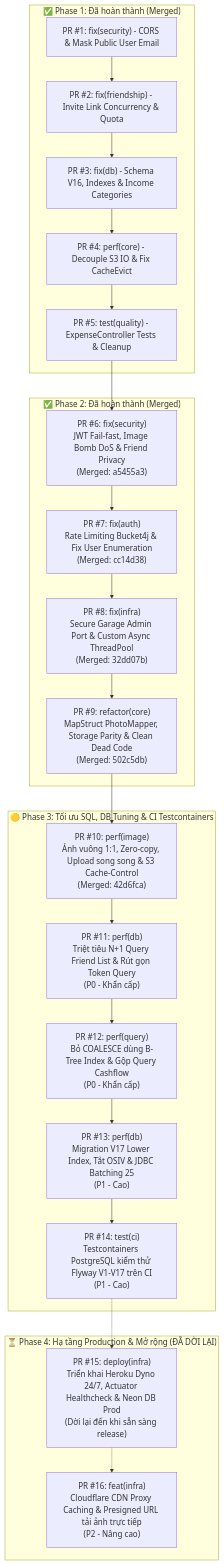
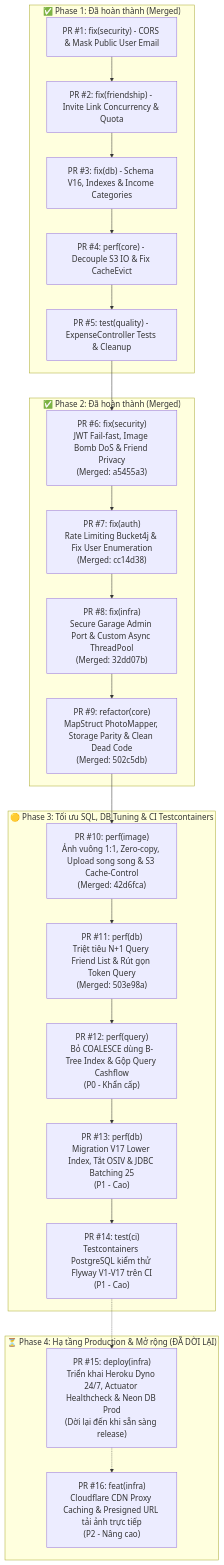
Before and after one commit to khanhnkq/checked-backend: the diagram in docs/PULL_REQUESTS_ROADMAP.md, drawn with Mermaid. The commit also changed other lines of this file and 1 other file, not shown here.

Commit message:
docs: update roadmap and mark PR #11 as completed

````diff
--- a/docs/PULL_REQUESTS_ROADMAP.md
+++ b/docs/PULL_REQUESTS_ROADMAP.md
@@ -16,41 +16,41 @@
 ```mermaid
 flowchart TD
     subgraph PHASE1["✅ Phase 1: Đã hoàn thành (Merged)"]
         PR1["PR #1: fix(security) - CORS & Mask Public User Email"]
         PR2["PR #2: fix(friendship) - Invite Link Concurrency & Quota"]
         PR3["PR #3: fix(db) - Schema V16, Indexes & Income Categories"]
         PR4["PR #4: perf(core) - Decouple S3 IO & Fix CacheEvict"]
         PR5["PR #5: test(quality) - ExpenseController Tests & Cleanup"]
         PR1 --> PR2 --> PR3 --> PR4 --> PR5
     end
 
     subgraph PHASE2["✅ Phase 2: Đã hoàn thành (Merged)"]
         PR6["PR #6: fix(security)\nJWT Fail-fast, Image Bomb DoS & Friend Privacy\n(Merged: a5455a3)"]
         PR7["PR #7: fix(auth)\nRate Limiting Bucket4j & Fix User Enumeration\n(Merged: cc14d38)"]
         PR8["PR #8: fix(infra)\nSecure Garage Admin Port & Custom Async ThreadPool\n(Merged: 32dd07b)"]
         PR9["PR #9: refactor(core)\nMapStruct PhotoMapper, Storage Parity & Clean Dead Code\n(Merged: 502c5db)"]
         PR6 --> PR7 --> PR8 --> PR9
     end
 
     subgraph PHASE3["🟡 Phase 3: Tối ưu SQL, DB Tuning & CI Testcontainers"]
         PR10["PR #10: perf(image)\nẢnh vuông 1:1, Zero-copy, Upload song song & S3 Cache-Control\n(Merged: 42d6fca)"]
-        PR11["PR #11: perf(db)\nTriệt tiêu N+1 Query Friend List & Rút gọn Token Query\n(P0 - Khẩn cấp)"]
+        PR11["PR #11: perf(db)\nTriệt tiêu N+1 Query Friend List & Rút gọn Token Query\n(Merged: 503e98a)"]
         PR12["PR #12: perf(query)\nBỏ COALESCE dùng B-Tree Index & Gộp Query Cashflow\n(P0 - Khẩn cấp)"]
         PR13["PR #13: perf(db)\nMigration V17 Lower Index, Tắt OSIV & JDBC Batching 25\n(P1 - Cao)"]
         PR14["PR #14: test(ci)\nTestcontainers PostgreSQL kiểm thử Flyway V1-V17 trên CI\n(P1 - Cao)"]
         PR10 --> PR11
         PR11 --> PR12
         PR12 --> PR13
         PR13 --> PR14
     end
 
     subgraph PHASE4["⏳ Phase 4: Hạ tầng Production & Mở rộng (ĐÃ DỜI LẠI)"]
         PR15["PR #15: deploy(infra)\nTriển khai Heroku Dyno 24/7, Actuator Healthcheck & Neon DB Prod\n(Dời lại đến khi sẵn sàng release)"]
         PR16["PR #16: feat(infra)\nCloudflare CDN Proxy Caching & Presigned URL tải ảnh trực tiếp\n(P2 - Nâng cao)"]
         PR14 -.-> PR15
         PR15 -.-> PR16
     end
 
     PR5 --> PR6
     PR9 --> PR10
 ```
````
